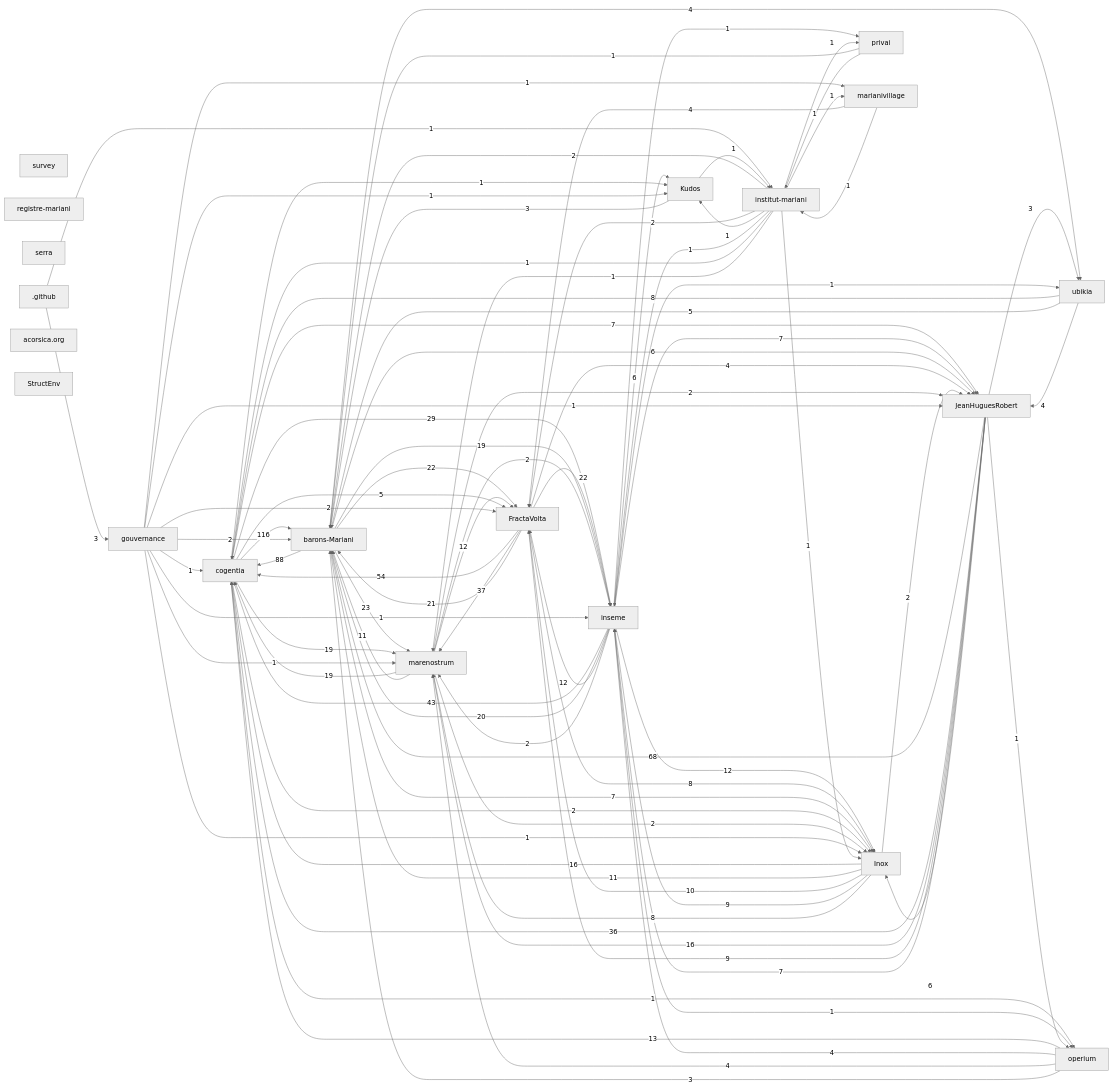
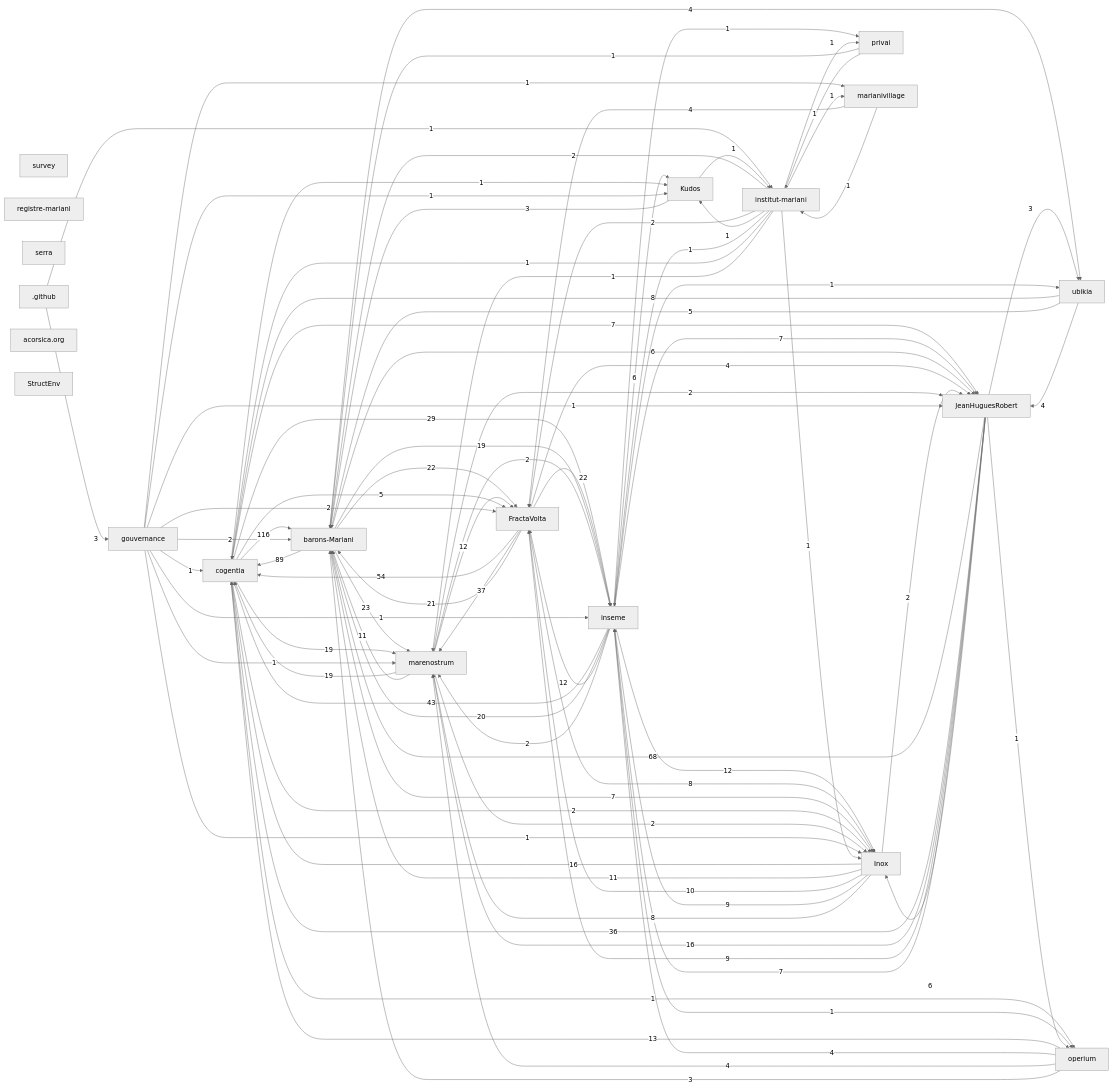
One commit to JeanHuguesRobert/barons-Mariani changed the first of 2 diagrams in research/corpus-status.md. Above: the diagram before and after it, drawn with Mermaid (neutral theme). The commit also changed 11 other files, not shown here.

```diff
--- a/research/corpus-status.md
+++ b/research/corpus-status.md
@@ -87,7 +87,7 @@
   r_acorsica_org["acorsica.org"]
   r_structenv["StructEnv"]
   r_cogentia -->|116| r_barons_mariani
-  r_barons_mariani -->|88| r_cogentia
+  r_barons_mariani -->|89| r_cogentia
   r_jeanhuguesrobert -->|68| r_barons_mariani
   r_fractavolta -->|54| r_cogentia
   r_inseme -->|43| r_cogentia
```
